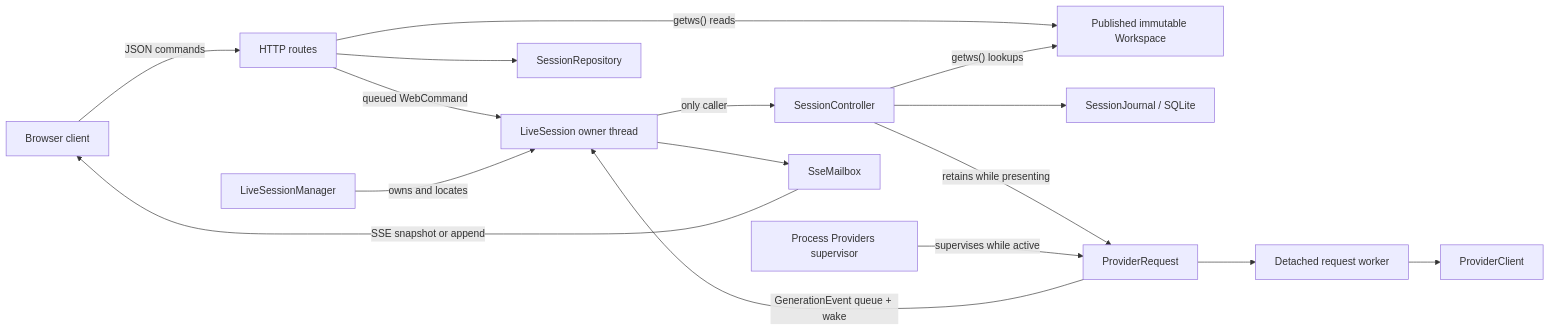
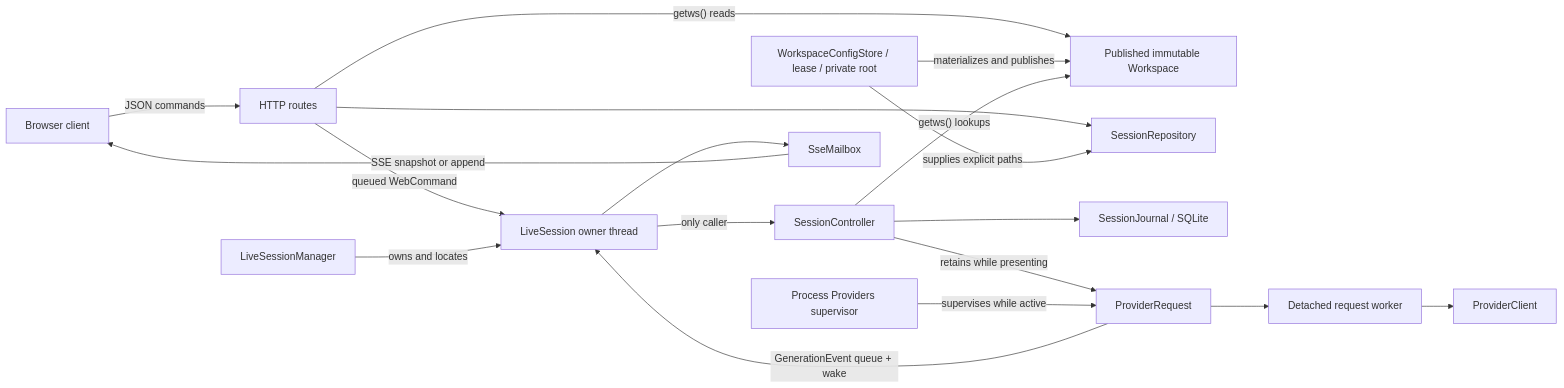
One commit to michaelpopov/cha changed the diagram in docs/tutorial.md. Above: the diagram before and after it, drawn with Mermaid. The commit also changed other lines of this file and 43 other files, not shown here.

````diff
--- a/docs/tutorial.md
+++ b/docs/tutorial.md
@@ -71,32 +71,35 @@
 ```mermaid
 flowchart LR
     Browser["Browser client"]
     Routes["HTTP routes"]
     Manager["LiveSessionManager"]
     Actor["LiveSession owner thread"]
     Controller["SessionController"]
     Workspace["Published immutable Workspace"]
+    Store["WorkspaceConfigStore / lease / private root"]
     Repository["SessionRepository"]
     Journal["SessionJournal / SQLite"]
     Providers["Process Providers supervisor"]
     Request["ProviderRequest"]
     Worker["Detached request worker"]
     Provider["ProviderClient"]
     Mailbox["SseMailbox"]
 
     Browser -->|"JSON commands"| Routes
     Routes -->|"getws() reads"| Workspace
     Routes --> Repository
+    Store -->|"materializes and publishes"| Workspace
+    Store -->|"supplies explicit paths"| Repository
     Routes -->|"queued WebCommand"| Actor
     Manager -->|"owns and locates"| Actor
     Actor -->|"only caller"| Controller
     Controller -->|"getws() lookups"| Workspace
     Controller --> Journal
     Controller -->|"retains while presenting"| Request
     Providers -->|"supervises while active"| Request
     Request --> Worker
     Worker --> Provider
     Request -->|"GenerationEvent queue + wake"| Actor
     Actor --> Mailbox
     Mailbox -->|"SSE snapshot or append"| Browser
 ```
````
